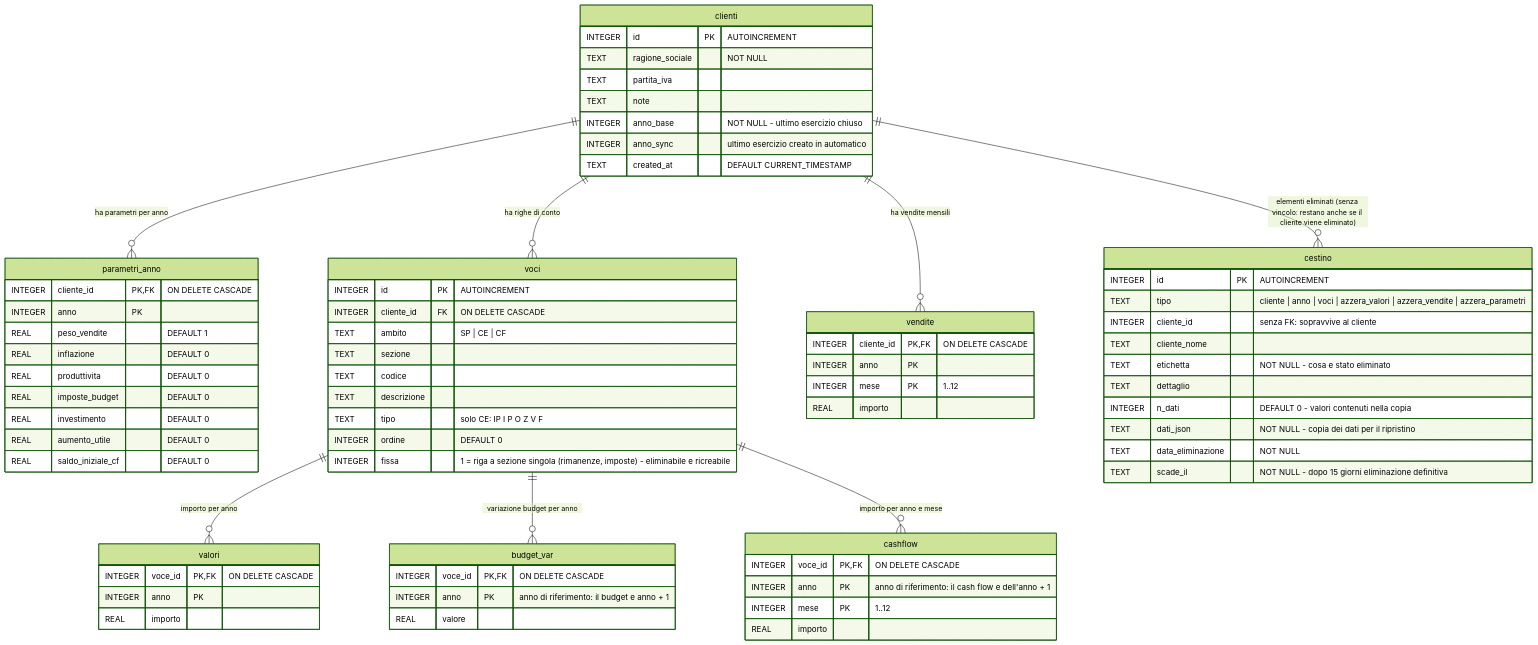
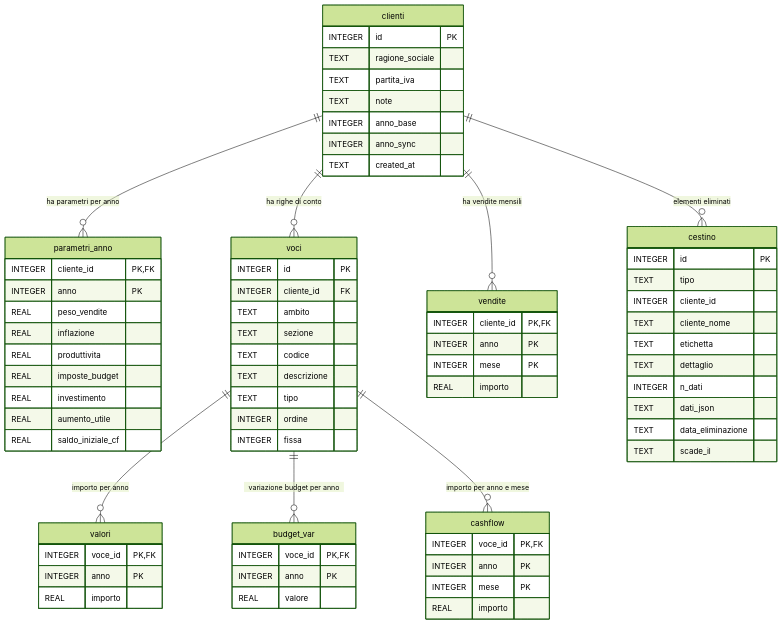
One commit to NicoMaker/gestionale-bilanci changed the diagram in docs/schema.mmd. Above: the diagram before and after it, drawn with Mermaid (forest theme). The commit also changed 32 other files, not shown here.

First line of the commit message:
Refactor tests for voci and vendite: improve readability and structure

```diff
--- a/docs/schema.mmd
+++ b/docs/schema.mmd
@@ -1,82 +1,81 @@
-
 erDiagram
     clienti ||--o{ parametri_anno : "ha parametri per anno"
     clienti ||--o{ voci : "ha righe di conto"
     clienti ||--o{ vendite : "ha vendite mensili"
     voci ||--o{ valori : "importo per anno"
     voci ||--o{ budget_var : "variazione budget per anno"
     voci ||--o{ cashflow : "importo per anno e mese"
-    clienti ||--o{ cestino : "elementi eliminati (senza vincolo: restano anche se il cliente viene eliminato)"
+    clienti ||--o{ cestino : "elementi eliminati"
 
     clienti {
-        INTEGER id PK "AUTOINCREMENT"
-        TEXT ragione_sociale "NOT NULL"
+        INTEGER id PK
+        TEXT ragione_sociale
         TEXT partita_iva
         TEXT note
-        INTEGER anno_base "NOT NULL - ultimo esercizio chiuso"
-        INTEGER anno_sync "ultimo esercizio creato in automatico"
-        TEXT created_at "DEFAULT CURRENT_TIMESTAMP"
+        INTEGER anno_base
+        INTEGER anno_sync
+        TEXT created_at
     }
 
     parametri_anno {
-        INTEGER cliente_id PK, FK "ON DELETE CASCADE"
+        INTEGER cliente_id PK, FK
         INTEGER anno PK
-        REAL peso_vendite "DEFAULT 1"
-        REAL inflazione "DEFAULT 0"
-        REAL produttivita "DEFAULT 0"
-        REAL imposte_budget "DEFAULT 0"
-        REAL investimento "DEFAULT 0"
-        REAL aumento_utile "DEFAULT 0"
-        REAL saldo_iniziale_cf "DEFAULT 0"
+        REAL peso_vendite
+        REAL inflazione
+        REAL produttivita
+        REAL imposte_budget
+        REAL investimento
+        REAL aumento_utile
+        REAL saldo_iniziale_cf
     }
 
     voci {
-        INTEGER id PK "AUTOINCREMENT"
-        INTEGER cliente_id FK "ON DELETE CASCADE"
-        TEXT ambito "SP | CE | CF"
+        INTEGER id PK
+        INTEGER cliente_id FK
+        TEXT ambito
         TEXT sezione
         TEXT codice
         TEXT descrizione
-        TEXT tipo "solo CE: IP I P O Z V F"
-        INTEGER ordine "DEFAULT 0"
-        INTEGER fissa "1 = riga a sezione singola (rimanenze, imposte) - eliminabile e ricreabile"
+        TEXT tipo
+        INTEGER ordine
+        INTEGER fissa
     }
 
     valori {
-        INTEGER voce_id PK, FK "ON DELETE CASCADE"
+        INTEGER voce_id PK, FK
         INTEGER anno PK
         REAL importo
     }
 
     budget_var {
-        INTEGER voce_id PK, FK "ON DELETE CASCADE"
-        INTEGER anno PK "anno di riferimento: il budget e anno + 1"
+        INTEGER voce_id PK, FK
+        INTEGER anno PK
         REAL valore
     }
 
     vendite {
-        INTEGER cliente_id PK, FK "ON DELETE CASCADE"
+        INTEGER cliente_id PK, FK
         INTEGER anno PK
-        INTEGER mese PK "1..12"
+        INTEGER mese PK
         REAL importo
     }
 
     cashflow {
-        INTEGER voce_id PK, FK "ON DELETE CASCADE"
-        INTEGER anno PK "anno di riferimento: il cash flow e dell'anno + 1"
-        INTEGER mese PK "1..12"
+        INTEGER voce_id PK, FK
+        INTEGER anno PK
+        INTEGER mese PK
         REAL importo
     }
 
     cestino {
-        INTEGER id PK "AUTOINCREMENT"
-        TEXT tipo "cliente | anno | voci | azzera_valori | azzera_vendite | azzera_parametri"
-        INTEGER cliente_id "senza FK: sopravvive al cliente"
+        INTEGER id PK
+        TEXT tipo
+        INTEGER cliente_id
         TEXT cliente_nome
-        TEXT etichetta "NOT NULL - cosa e stato eliminato"
+        TEXT etichetta
         TEXT dettaglio
-        INTEGER n_dati "DEFAULT 0 - valori contenuti nella copia"
-        TEXT dati_json "NOT NULL - copia dei dati per il ripristino"
-        TEXT data_eliminazione "NOT NULL"
-        TEXT scade_il "NOT NULL - dopo 15 giorni eliminazione definitiva"
+        INTEGER n_dati
+        TEXT dati_json
+        TEXT data_eliminazione
+        TEXT scade_il
     }
```
